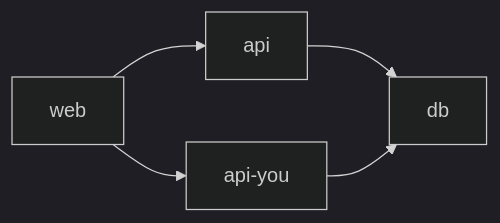
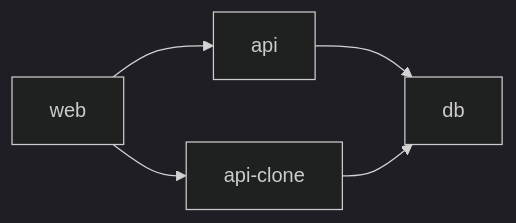
The second of 2 diagrams in README.md (JanneMattila/tiny-node-app), drawn with Mermaid (dark theme) before and after one commit. The commit also changed other lines of this file and 8 other files, not shown here.

````diff
--- a/README.md
+++ b/README.md
@@ -15,7 +15,7 @@
 ```mermaid
 graph LR;
     web-->api;
-    web-->api-you;
+    web-->api-clone;
     api-->db;
-    api-you-->db;
+    api-clone-->db;
 ```
````
